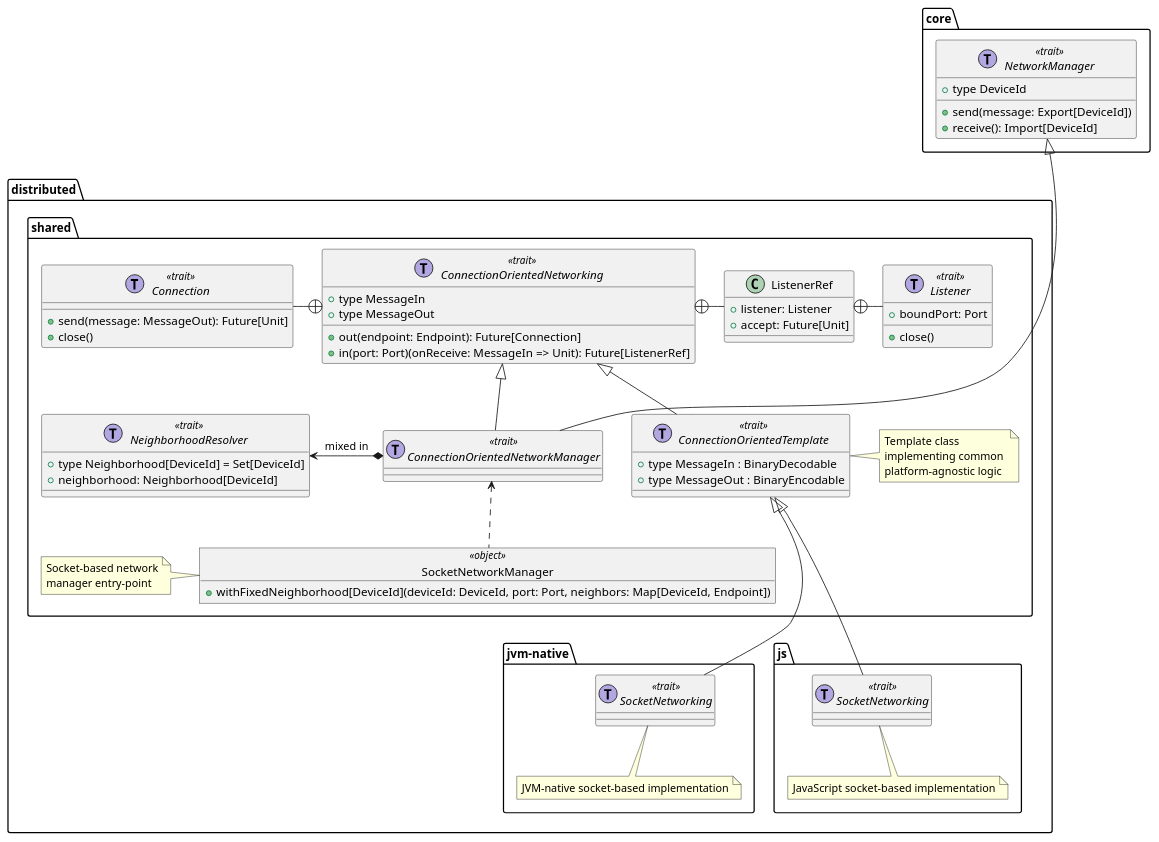
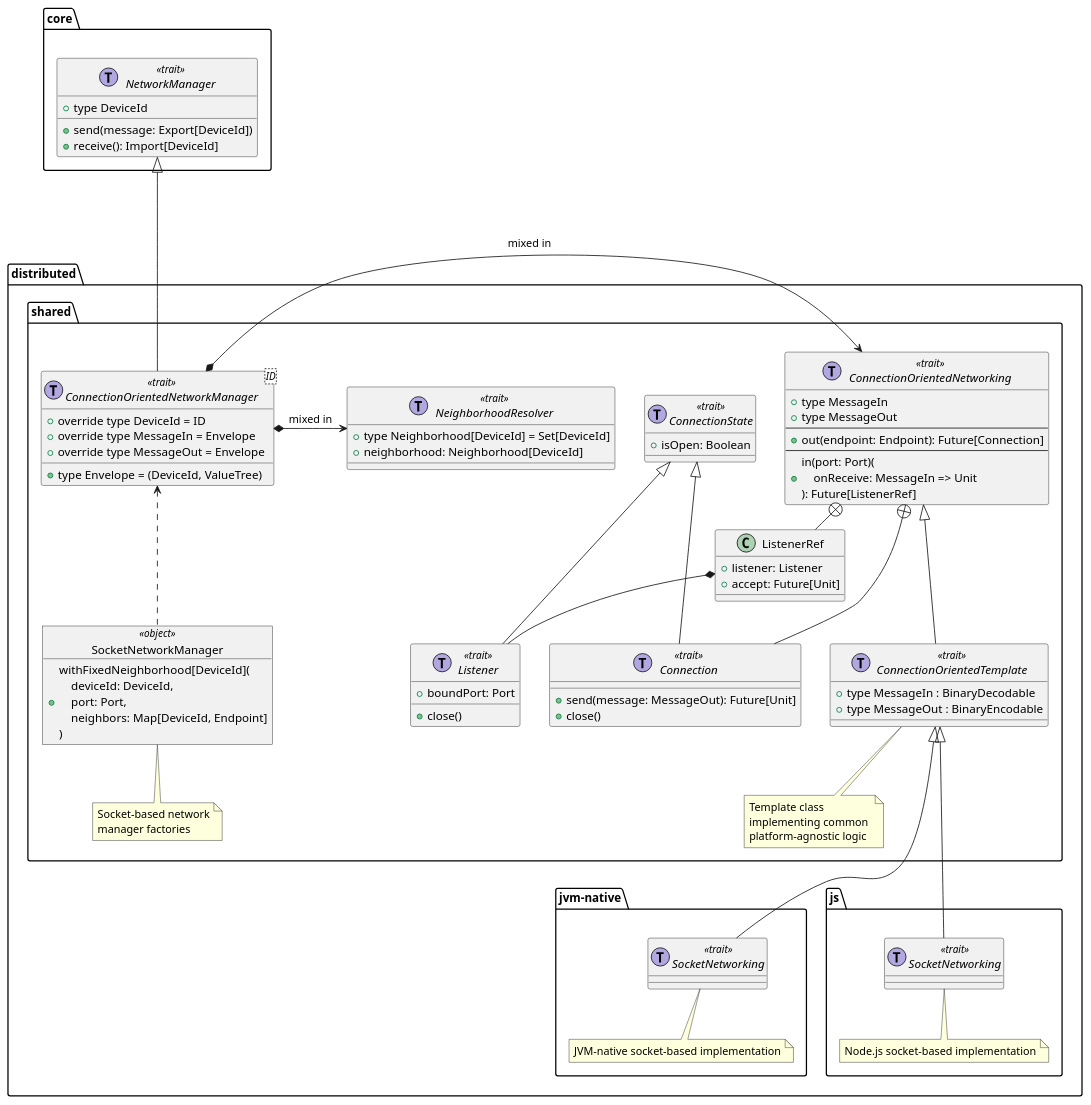
One commit to tassiluca/scafi3-mp-api-thesis changed the diagram in resources/schemas/socket-distribution.puml. Above: the diagram before and after it, drawn with PlantUML. The commit also changed 7 other files, not shown here.

```diff
--- a/resources/schemas/socket-distribution.puml
+++ b/resources/schemas/socket-distribution.puml
@@ -1,99 +1,112 @@
 @startuml socket-distribution
 
 skinparam interface<<trait>> {
   BackgroundColor lightblue
   BorderColor blue
   StereotypeFontColor blue
 }
 
 package "core" {
     interface NetworkManager << (T,#b2a7e0) trait >> {
         + type DeviceId
         + send(message: Export[DeviceId])
         + receive(): Import[DeviceId]
     }
 }
 
 package "distributed" {
     package "shared" {
-        ' object InetTypes {
+        ' object InetTypes << object >> {
         '     + type IPv4
+        '     + type IPv6
+        '     + type Address
         '     + type Port
         '     + type Hostname
         '     + type Endpoint
-        '     + ...
         ' }
 
         interface ConnectionOrientedNetworking << (T,#b2a7e0) trait >> {
             + type MessageIn
             + type MessageOut
+            ---
             + out(endpoint: Endpoint): Future[Connection]
-            + in(port: Port)(onReceive: MessageIn => Unit): Future[ListenerRef]
+            ---
+            + in(port: Port)(\n    onReceive: MessageIn => Unit\n): Future[ListenerRef]
         }
-        ConnectionOrientedNetworking +-left- Connection
-        ConnectionOrientedNetworking +- ListenerRef
-        ListenerRef +- Listener
+        ConnectionOrientedNetworking +-- Connection
+        ConnectionOrientedNetworking +-right-- ListenerRef
 
-        interface Connection << (T,#b2a7e0) trait >> {
+        interface ConnectionState << (T,#b2a7e0) trait >> {
+            + isOpen: Boolean
+        }
+
+        interface Connection << (T,#b2a7e0) trait >> extends ConnectionState {
             + send(message: MessageOut): Future[Unit]
             + close()
         }
 
         class ListenerRef {
             + listener: Listener
             + accept: Future[Unit]
         }
+        ListenerRef *- Listener
 
-        interface Listener << (T,#b2a7e0) trait >> {
+        interface Listener << (T,#b2a7e0) trait >> extends ConnectionState {
             + boundPort: Port
             + close()
         }
 
         interface ConnectionOrientedTemplate << (T,#b2a7e0) trait >> extends ConnectionOrientedNetworking {
             + type MessageIn : BinaryDecodable
             + type MessageOut : BinaryEncodable
         }
-        note right of ConnectionOrientedTemplate
+        note bottom of ConnectionOrientedTemplate
             Template class 
             implementing common 
             platform-agnostic logic
         end note
 
         interface NeighborhoodResolver << (T,#b2a7e0) trait >> {
             + type Neighborhood[DeviceId] = Set[DeviceId]
             + neighborhood: Neighborhood[DeviceId]
         }
 
-        interface ConnectionOrientedNetworkManager << (T,#b2a7e0) trait >> extends ConnectionOrientedNetworking
+        interface ConnectionOrientedNetworkManager<ID> << (T,#b2a7e0) trait >> {
+            + override type DeviceId = ID
+            + type Envelope = (DeviceId, ValueTree)
+            + override type MessageIn = Envelope
+            + override type MessageOut = Envelope
+        }
+        ConnectionOrientedNetworkManager *-right-> ConnectionOrientedNetworking : mixed in
         ConnectionOrientedNetworkManager *-left-> NeighborhoodResolver : mixed in
         core.NetworkManager <|--- ConnectionOrientedNetworkManager
 
-        object SocketNetworkManager << object>> {
-            + withFixedNeighborhood[DeviceId](deviceId: DeviceId, port: Port, neighbors: Map[DeviceId, Endpoint])
+        object SocketNetworkManager <<object>> {
+            + withFixedNeighborhood[DeviceId](\n    deviceId: DeviceId,\n    port: Port,\n    neighbors: Map[DeviceId, Endpoint]\n)
         }
-        note left of SocketNetworkManager
+        note bottom of SocketNetworkManager
             Socket-based network
-            manager entry-point
+            manager factories
         end note
         SocketNetworkManager .up.> ConnectionOrientedNetworkManager
     }
 
     package "jvm-native" {
         interface SocketNetworking << (T,#b2a7e0) trait >>
         SocketNetworking --up-|> distributed.shared.ConnectionOrientedTemplate
         note bottom of SocketNetworking
             JVM-native socket-based implementation
         end note
     }
 
     package "js" {
         interface SocketNetworking << (T,#b2a7e0) trait >> 
         SocketNetworking --up-|> distributed.shared.ConnectionOrientedTemplate
         note bottom of SocketNetworking
-            JavaScript socket-based implementation
+            Node.js socket-based implementation
         end note
     }
 
 }
 
 @enduml
```
